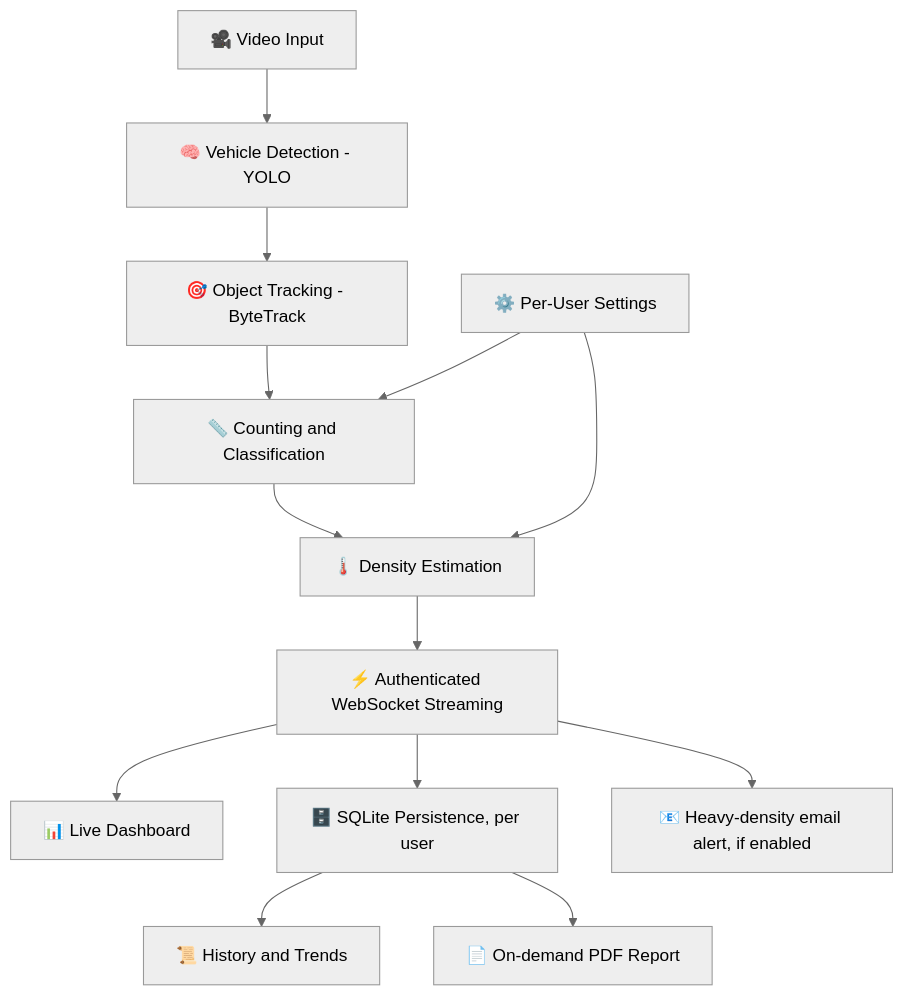
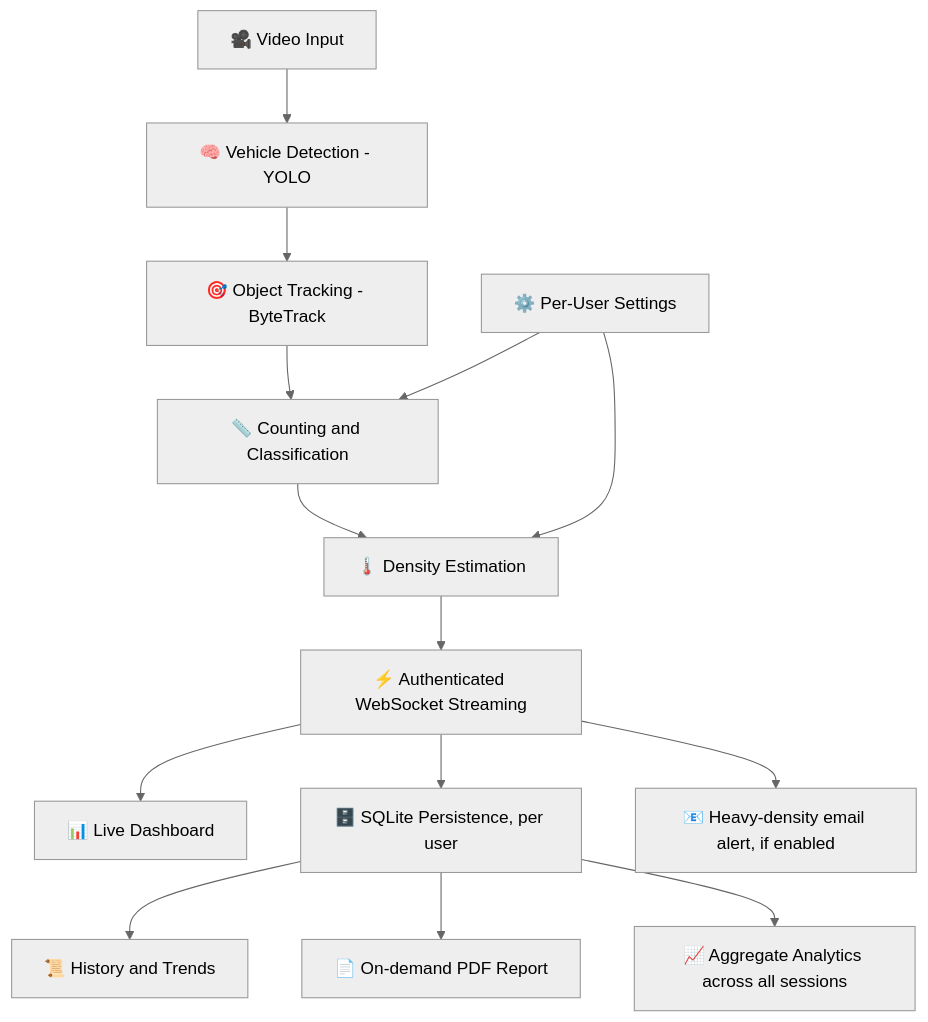
The first of 2 diagrams in README.md (adityyapratapsingh22/YatayatAi), drawn with Mermaid (neutral theme) before and after one commit. The commit also changed other lines of this file, not shown here.

````diff
--- a/README.md
+++ b/README.md
@@ -71,15 +73,16 @@
 ```mermaid
 flowchart TD
     A[🎥 Video Input] --> B[🧠 Vehicle Detection - YOLO]
     B --> C[🎯 Object Tracking - ByteTrack]
     C --> D[📏 Counting and Classification]
     D --> E[🌡️ Density Estimation]
     E --> F[⚡ Authenticated WebSocket Streaming]
     F --> G[📊 Live Dashboard]
     F --> H[🗄️ SQLite Persistence, per user]
     F --> J[📧 Heavy-density email alert, if enabled]
     H --> I[📜 History and Trends]
     H --> L[📄 On-demand PDF Report]
+    H --> M[📈 Aggregate Analytics across all sessions]
     K[⚙️ Per-User Settings] --> E
     K --> D
 ```
````
